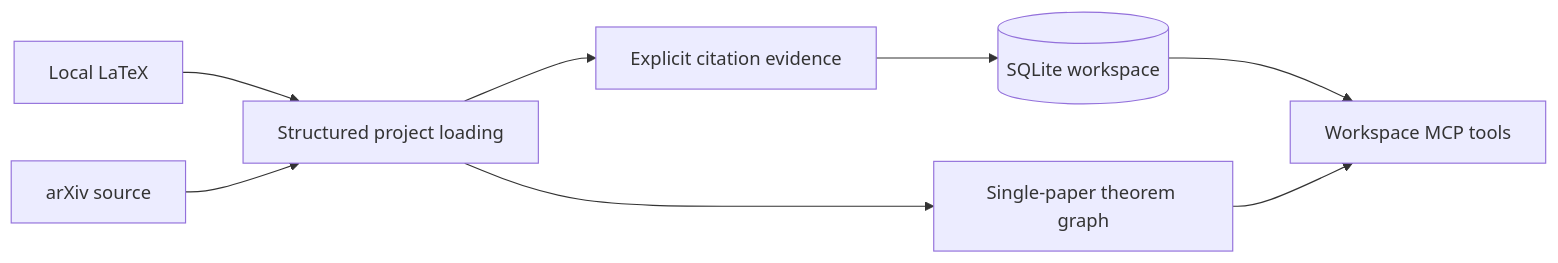
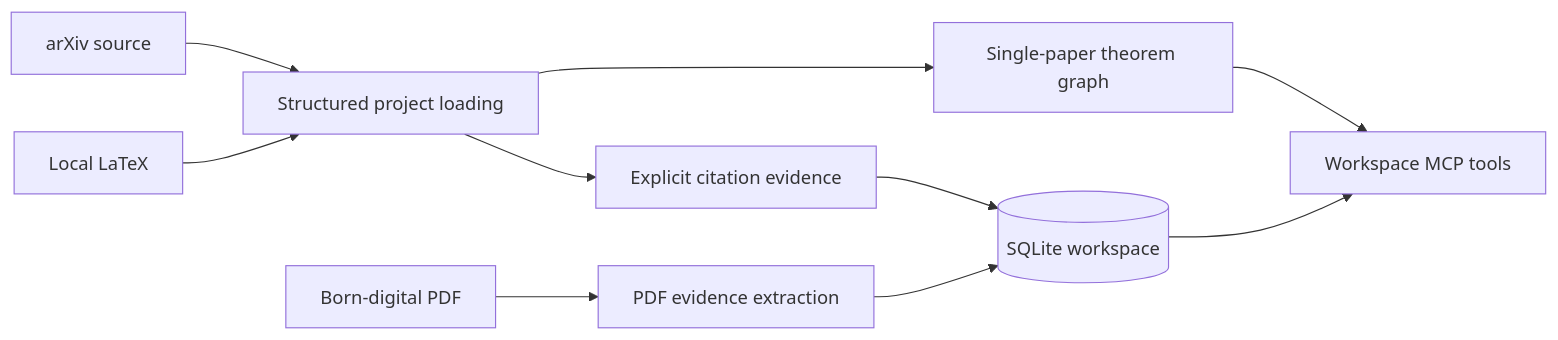
One commit to lotchuazzz-crypto/papergraph-mcp changed the diagram in README.md. Above: the diagram before and after it, drawn with Mermaid. The commit also changed other lines of this file and 32 other files, not shown here.

First line of the commit message:
Feature/v0.5 evidence graph pdf (#12)

````diff
--- a/README.md
+++ b/README.md
@@ -136,10 +160,12 @@
 ```mermaid
 flowchart LR
     Local[Local LaTeX] --> Load[Structured project loading]
     Arxiv[arXiv source] --> Load
+    PDF[Born-digital PDF] --> Extract[PDF evidence extraction]
     Load --> Cite[Explicit citation evidence]
     Cite --> DB[(SQLite workspace)]
+    Extract --> DB
     DB --> MCP[Workspace MCP tools]
     Load --> Graph[Single-paper theorem graph]
     Graph --> MCP
 ```
````
